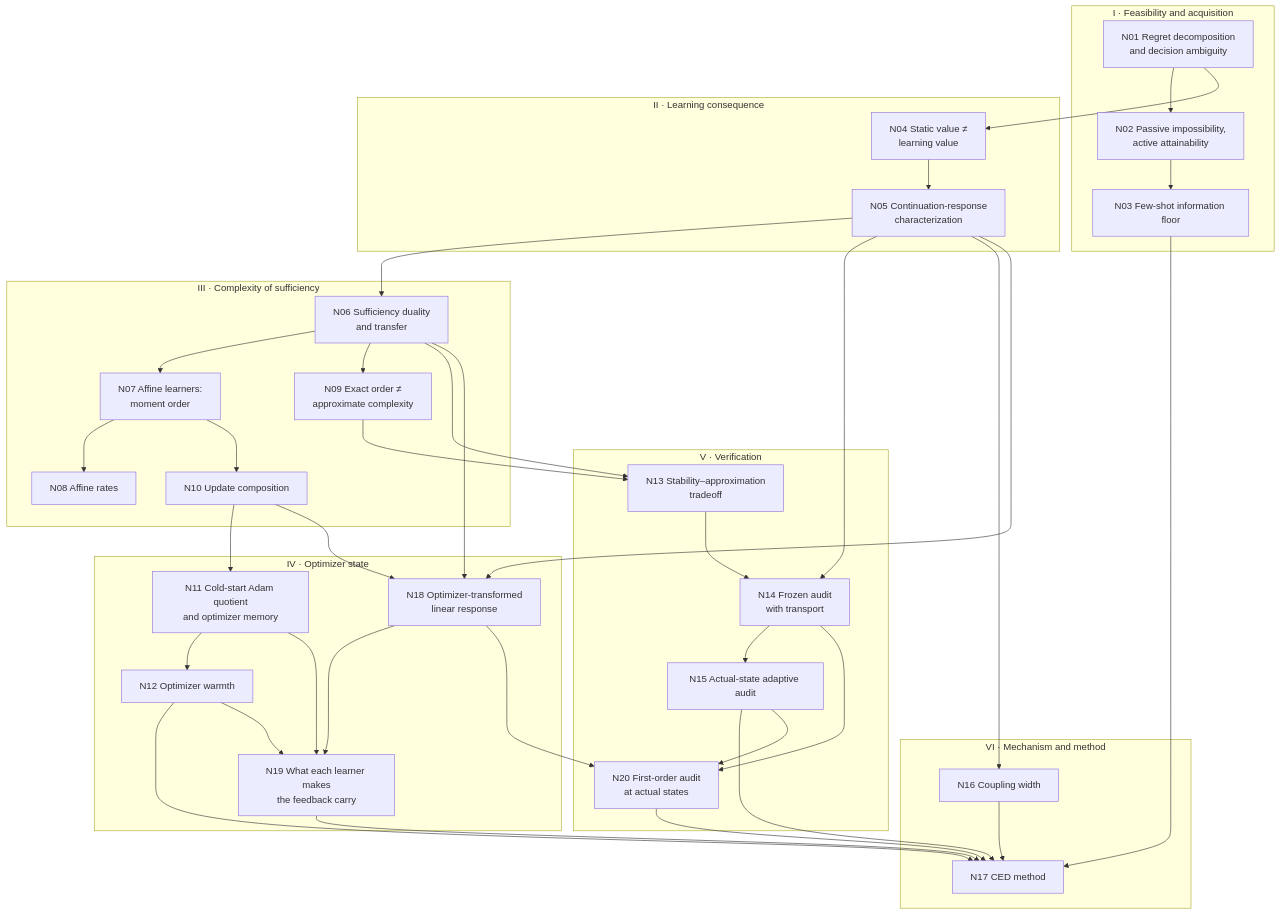
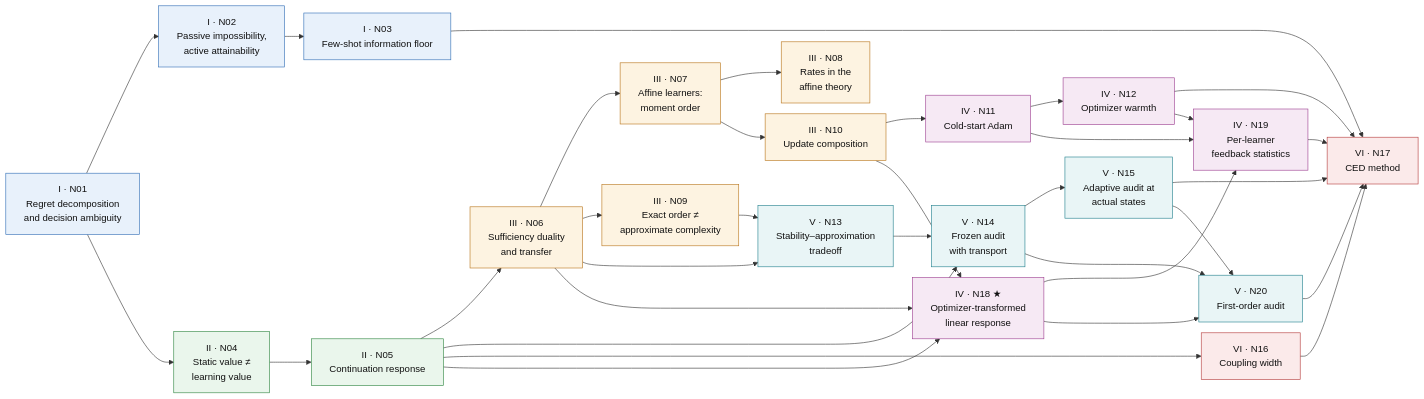
One commit to XueqiC/ICML27_agent_distillation changed the second of 2 diagrams in theoretical_framework/README.md. Above: the diagram before and after it, drawn with Mermaid. The commit also changed other lines of this file and 5 other files, not shown here.

First line of the commit message:
Docs: breadth-first README (levels 0-3, landscape graphs) and a file-view render check

````diff
--- a/theoretical_framework/README.md
+++ b/theoretical_framework/README.md
@@ -59,59 +119,55 @@
 ```mermaid
-flowchart TD
-  subgraph I["I · Feasibility and acquisition"]
-    N01["N01 Regret decomposition<br/>and decision ambiguity"]
-    N02["N02 Passive impossibility,<br/>active attainability"]
-    N03["N03 Few-shot information floor"]
-  end
-  subgraph II["II · Learning consequence"]
-    N04["N04 Static value ≠<br/>learning value"]
-    N05["N05 Continuation-response<br/>characterization"]
-  end
-  subgraph III["III · Complexity of sufficiency"]
-    N06["N06 Sufficiency duality<br/>and transfer"]
-    N07["N07 Affine learners:<br/>moment order"]
-    N08["N08 Affine rates"]
-    N09["N09 Exact order ≠<br/>approximate complexity"]
-    N10["N10 Update composition"]
-  end
-  subgraph IV["IV · Optimizer state"]
-    N11["N11 Cold-start Adam quotient<br/>and optimizer memory"]
-    N12["N12 Optimizer warmth"]
-    N18["N18 Optimizer-transformed<br/>linear response"]
-    N19["N19 What each learner makes<br/>the feedback carry"]
-  end
-  subgraph V["V · Verification"]
-    N13["N13 Stability–approximation<br/>tradeoff"]
-    N14["N14 Frozen audit<br/>with transport"]
-    N15["N15 Actual-state adaptive audit"]
-    N20["N20 First-order audit<br/>at actual states"]
-  end
-  subgraph VI["VI · Mechanism and method"]
-    N16["N16 Coupling width"]
-    N17["N17 CED method"]
-  end
+%%{init: {"flowchart": {"nodeSpacing": 18, "rankSpacing": 32}}}%%
+flowchart LR
+  N01["I · N01<br/>Regret decomposition<br/>and decision ambiguity"]:::b1
+  N02["I · N02<br/>Passive impossibility,<br/>active attainability"]:::b1
+  N03["I · N03<br/>Few-shot information floor"]:::b1
+  N04["II · N04<br/>Static value ≠<br/>learning value"]:::b2
+  N05["II · N05<br/>Continuation response"]:::b2
+  N06["III · N06<br/>Sufficiency duality<br/>and transfer"]:::b3
+  N07["III · N07<br/>Affine learners:<br/>moment order"]:::b3
+  N08["III · N08<br/>Rates in the<br/>affine theory"]:::b3
+  N09["III · N09<br/>Exact order ≠<br/>approximate complexity"]:::b3
+  N10["III · N10<br/>Update composition"]:::b3
+  N11["IV · N11<br/>Cold-start Adam"]:::b4
+  N12["IV · N12<br/>Optimizer warmth"]:::b4
+  N18["IV · N18 ★<br/>Optimizer-transformed<br/>linear response"]:::b4
+  N19["IV · N19<br/>Per-learner<br/>feedback statistics"]:::b4
+  N13["V · N13<br/>Stability–approximation<br/>tradeoff"]:::b5
+  N14["V · N14<br/>Frozen audit<br/>with transport"]:::b5
+  N15["V · N15<br/>Adaptive audit at<br/>actual states"]:::b5
+  N20["V · N20<br/>First-order audit"]:::b5
+  N16["VI · N16<br/>Coupling width"]:::b6
+  N17["VI · N17<br/>CED method"]:::b6
   N01 --> N02 --> N03
   N01 --> N04 --> N05
   N05 --> N06
   N06 --> N07 --> N08
   N06 --> N09 --> N13
   N07 --> N10 --> N11 --> N12
   N06 --> N13 --> N14
   N05 --> N14 --> N15
   N05 --> N16
   N03 --> N17
   N12 --> N17
   N15 --> N17
   N16 --> N17
   N05 --> N18
   N06 --> N18
   N10 --> N18
   N18 --> N19
   N11 --> N19
   N12 --> N19
   N18 --> N20
   N14 --> N20
   N15 --> N20
   N19 --> N17
   N20 --> N17
+  N03 ~~~ N06
+  classDef b1 fill:#e8f1fb,stroke:#2f6db5,color:#111
+  classDef b2 fill:#eaf6ec,stroke:#2e8540,color:#111
+  classDef b3 fill:#fdf3e1,stroke:#b8741a,color:#111
+  classDef b4 fill:#f6e9f4,stroke:#9c3d8f,color:#111
+  classDef b5 fill:#e9f5f6,stroke:#1f7f8c,color:#111
+  classDef b6 fill:#fbeaea,stroke:#b53b3b,color:#111
 ```
````
